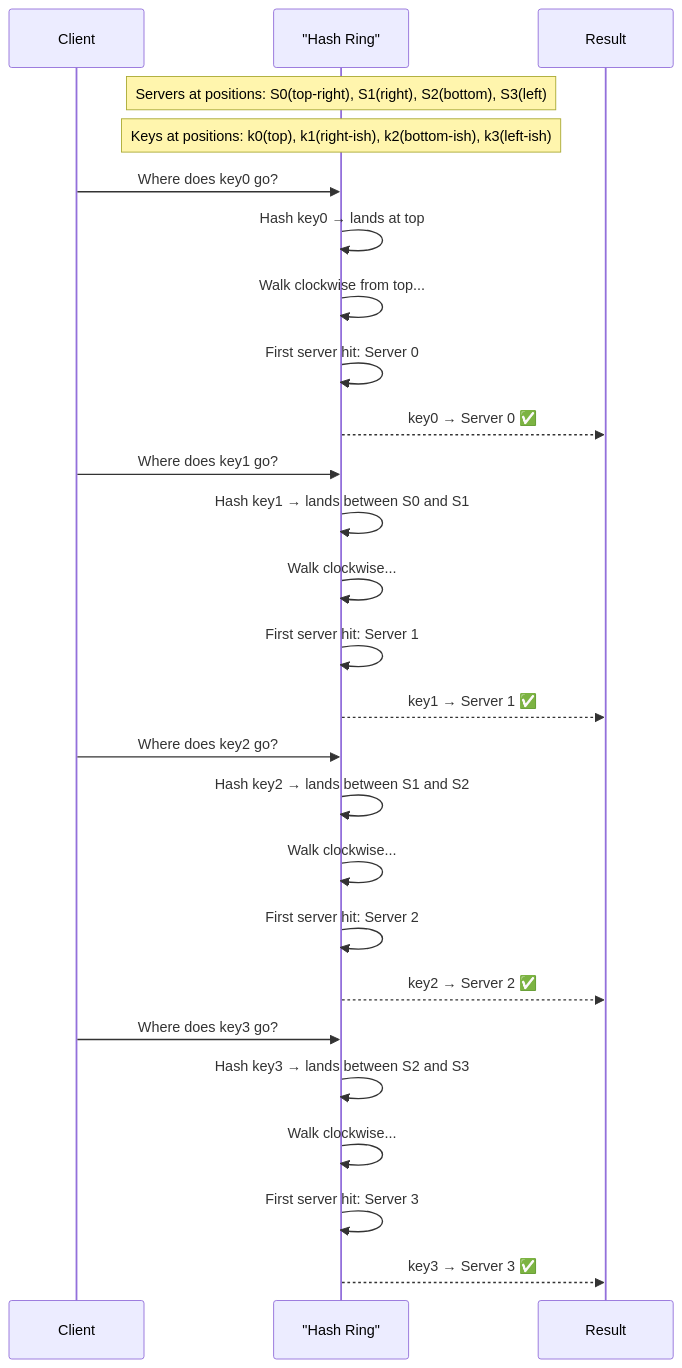
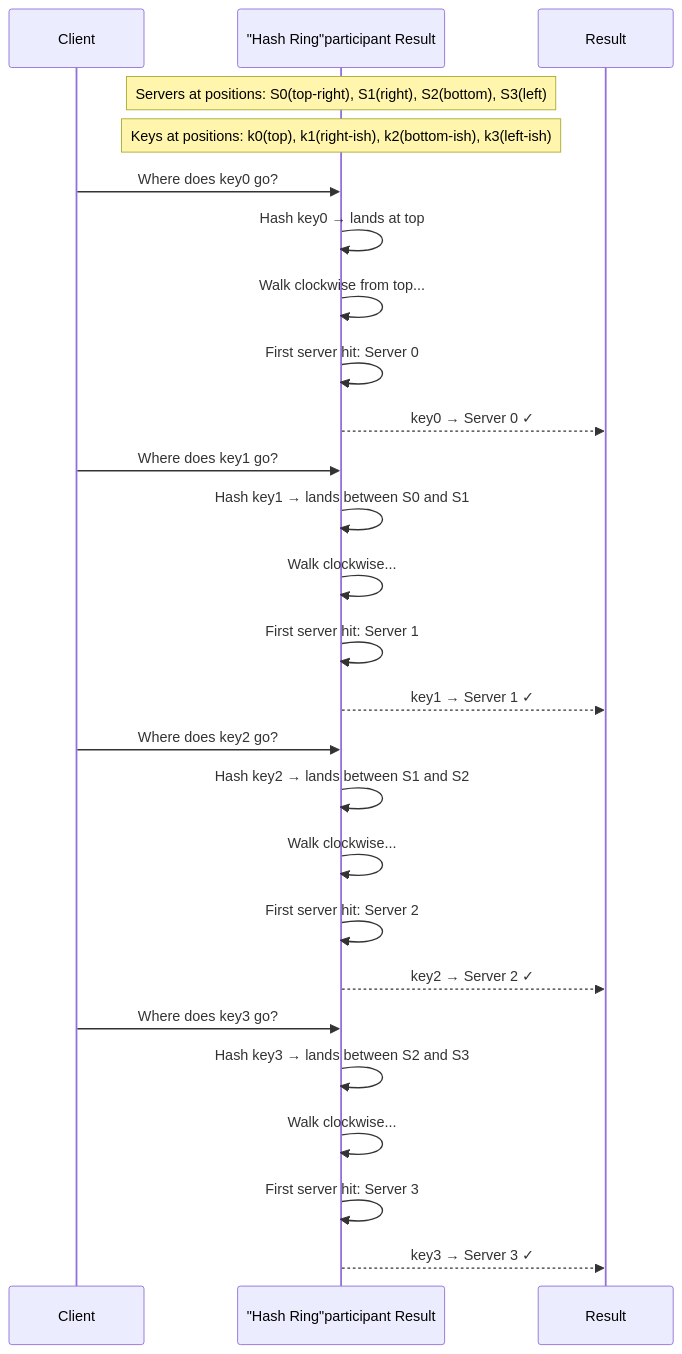
The sixth of 23 diagrams in content/posts/2026/design-consistent-hashing.md (devops-monk/system-design-blog), drawn with Mermaid before and after one commit. The commit also changed other lines of this file and 5 other files, not shown here.

````diff
--- a/content/posts/2026/design-consistent-hashing.md
+++ b/content/posts/2026/design-consistent-hashing.md
@@ -205,33 +217,32 @@
 ```mermaid
 sequenceDiagram
     participant Client
-    participant Ring as "Hash Ring"
-    participant Result
+    participant Ring as "Hash Ring"participant Result
 
     Note over Ring: Servers at positions: S0(top-right), S1(right), S2(bottom), S3(left)
     Note over Ring: Keys at positions: k0(top), k1(right-ish), k2(bottom-ish), k3(left-ish)
 
     Client->>Ring: Where does key0 go?
     Ring->>Ring: Hash key0 → lands at top
     Ring->>Ring: Walk clockwise from top...
     Ring->>Ring: First server hit: Server 0
-    Ring-->>Result: key0 → Server 0 ✅
+    Ring-->>Result: key0 → Server 0 ✓
 
     Client->>Ring: Where does key1 go?
     Ring->>Ring: Hash key1 → lands between S0 and S1
     Ring->>Ring: Walk clockwise...
     Ring->>Ring: First server hit: Server 1
-    Ring-->>Result: key1 → Server 1 ✅
+    Ring-->>Result: key1 → Server 1 ✓
 
     Client->>Ring: Where does key2 go?
     Ring->>Ring: Hash key2 → lands between S1 and S2
     Ring->>Ring: Walk clockwise...
     Ring->>Ring: First server hit: Server 2
-    Ring-->>Result: key2 → Server 2 ✅
+    Ring-->>Result: key2 → Server 2 ✓
 
     Client->>Ring: Where does key3 go?
     Ring->>Ring: Hash key3 → lands between S2 and S3
     Ring->>Ring: Walk clockwise...
     Ring->>Ring: First server hit: Server 3
-    Ring-->>Result: key3 → Server 3 ✅
+    Ring-->>Result: key3 → Server 3 ✓
 ```
````
